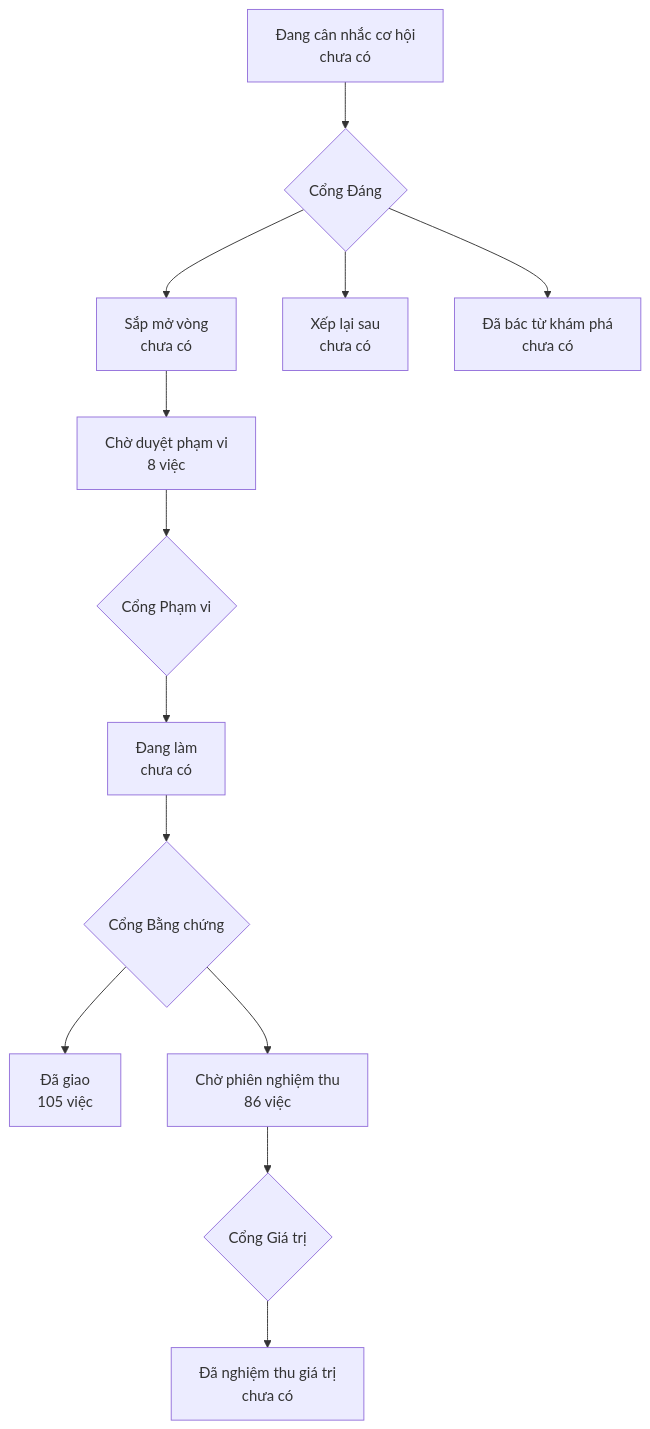
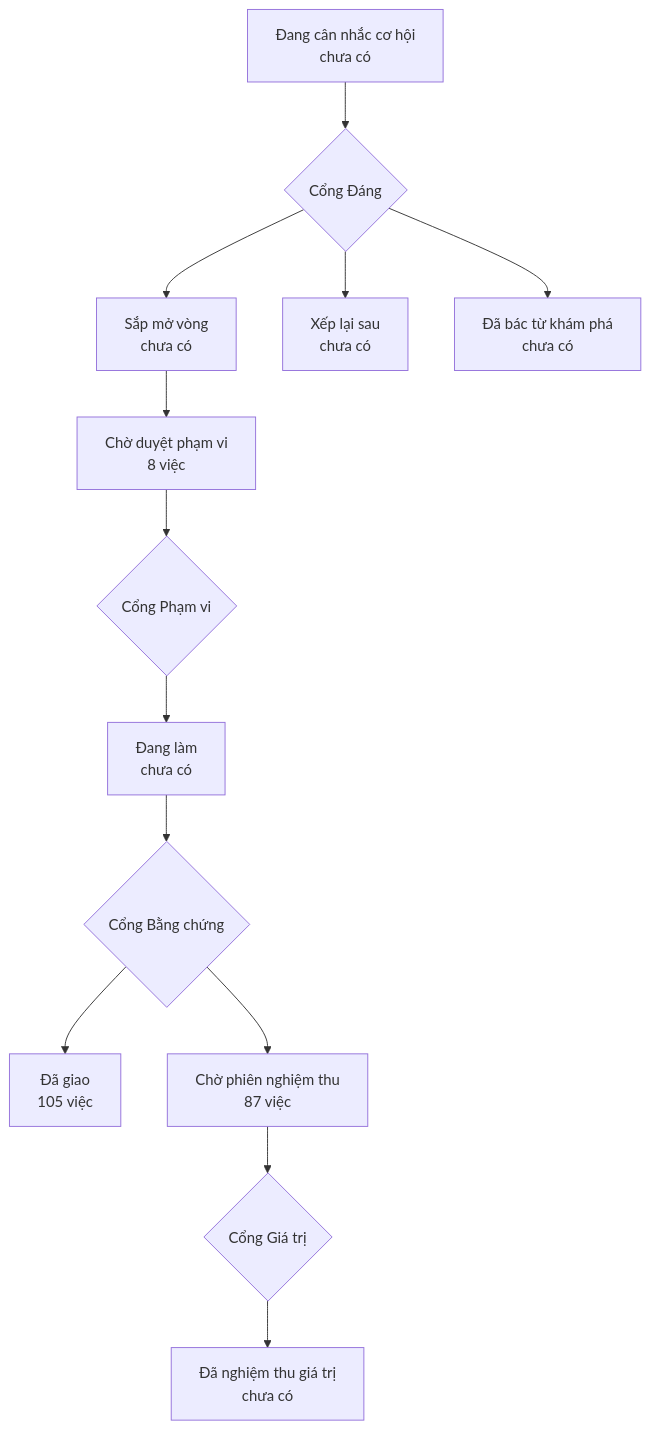
Before and after one commit to phanlemanh/onehub-invest: the diagram in PRODUCT-MAP.md, drawn with Mermaid. The commit also changed other lines of this file and 1 other file, not shown here.

Commit message:
chore(acceptance): vẽ lại bản đồ sau gộp main

````diff
--- a/PRODUCT-MAP.md
+++ b/PRODUCT-MAP.md
@@ -7,12 +7,12 @@
 ```mermaid
 flowchart TD
   A["Đang cân nhắc cơ hội<br/>chưa có"] --> GD{"Cổng Đáng"}
   GD --> B["Sắp mở vòng<br/>chưa có"]
   GD --> XL["Xếp lại sau<br/>chưa có"]
   GD --> DB["Đã bác từ khám phá<br/>chưa có"]
   B --> CD["Chờ duyệt phạm vi<br/>8 việc"] --> GP{"Cổng Phạm vi"}
   GP --> DL["Đang làm<br/>chưa có"] --> GB{"Cổng Bằng chứng"}
   GB --> DG["Đã giao<br/>105 việc"]
-  GB --> CN["Chờ phiên nghiệm thu<br/>86 việc"] --> GG{"Cổng Giá trị"}
+  GB --> CN["Chờ phiên nghiệm thu<br/>87 việc"] --> GG{"Cổng Giá trị"}
   GG --> NT["Đã nghiệm thu giá trị<br/>chưa có"]
 ```
````
